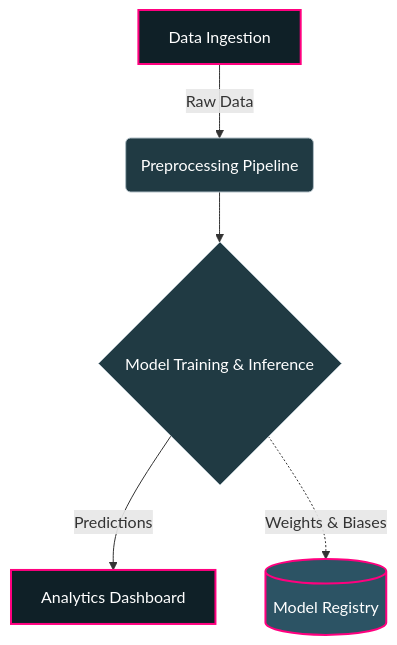
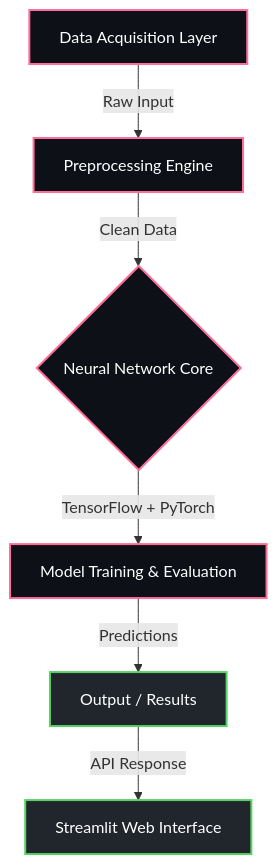
The diagram in README.md (karthik-idikuda/Drought-Early-Warning-NDDI-LSTM-), drawn with Mermaid before and after one commit. The commit also changed other lines of this file, not shown here.

Commit message:
docs: Deploy analyzed project-specific README with real architecture

````diff
--- a/README.md
+++ b/README.md
@@ -31,15 +31,15 @@
 ```mermaid
 graph TD;
-    A[Data Ingestion] -->|Raw Data| B(Preprocessing Pipeline);
-    B --> C{Model Training & Inference};
-    C -->|Predictions| D[Analytics Dashboard];
-    C -.->|Weights & Biases| E[(Model Registry)];
-    
-    classDef primary fill:#0f2027,stroke:#ff007f,stroke-width:2px,color:#fff;
-    classDef secondary fill:#203a43,stroke:#b0bec5,stroke-width:1px,color:#fff;
-    classDef database fill:#2c5364,stroke:#ff007f,stroke-width:2px,color:#fff;
-    
-    class A,D primary;
-    class B,C secondary;
-    class E database;
+    A["Data Acquisition Layer"] -->|Raw Input| B["Preprocessing Engine"];
+    B -->|Clean Data| D{"Neural Network Core"};
+    D -->|TensorFlow + PyTorch| E["Model Training & Evaluation"];
+    E -->|Predictions| F["Output / Results"];
+    F -->|API Response| G["Streamlit Web Interface"];
+
+    classDef ml fill:#0d1117,stroke:#ff6e96,stroke-width:2px,color:#fff;
+    classDef cv fill:#161b22,stroke:#79c0ff,stroke-width:2px,color:#fff;
+    classDef web fill:#21262d,stroke:#56d364,stroke-width:2px,color:#fff;
+    class A,B ml;
+    class D,E ml;
+    class F,G web;
 ```
````
